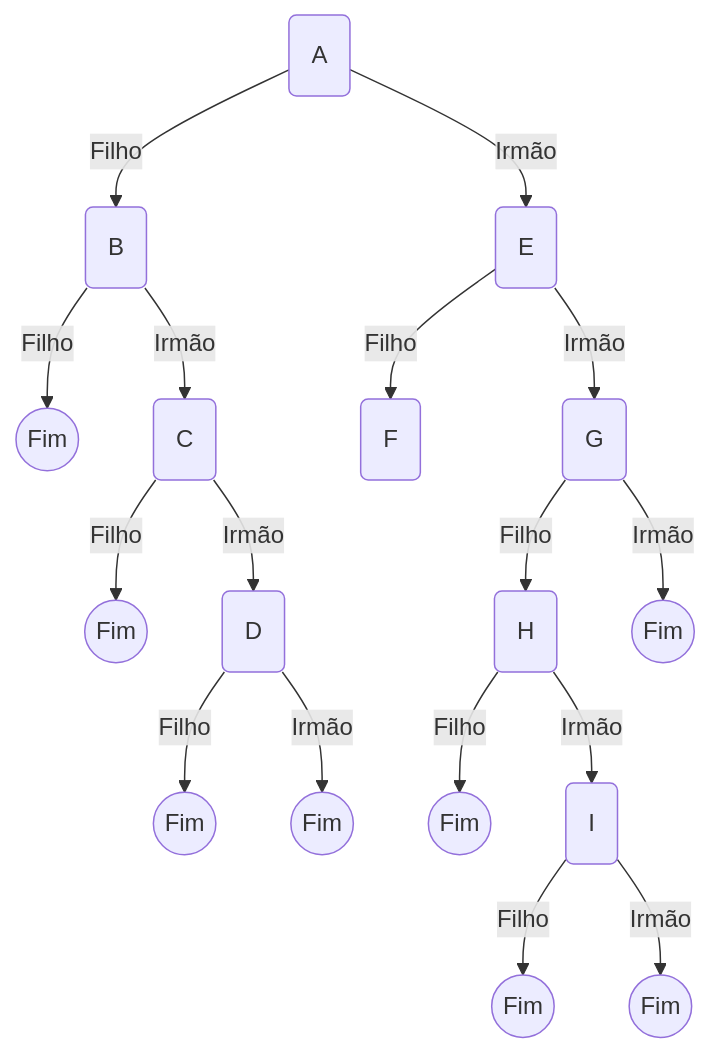
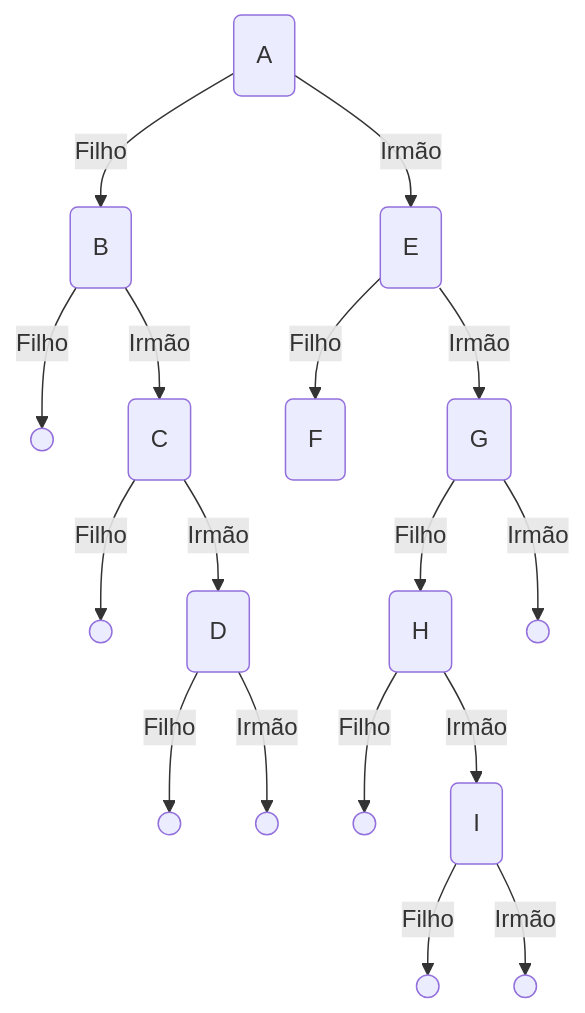
Before and after one commit to Assaoka/UNIFESP--Algoritmos_e_Estruturas_de_Dados_I: the fifth of 6 diagrams in Aulas/[ 15 ] Árvores Genéricas/README.md, drawn with Mermaid. The commit also changed other lines of this file, not shown here.

```diff
--- a/Aulas/[ 15 ] Árvores Genéricas/README.md
+++ b/Aulas/[ 15 ] Árvores Genéricas/README.md
@@ -109,19 +109,19 @@
 ~~~mermaid
 graph TD;
     A(A) -- Filho --> B(B);
-        B -- Filho --> i2((Fim));
+        B -- Filho --> i2(( ));
         B -- Irmão --> C(C);
-            C -- Filho --> i3((Fim));
+            C -- Filho --> i3(( ));
             C -- Irmão --> D(D);
-                D -- Filho --> i4((Fim));
-                D -- Irmão --> i5((Fim));
+                D -- Filho --> i4(( ));
+                D -- Irmão --> i5(( ));
     A -- Irmão --> E(E);
         E -- Filho --> F(F);
         E -- Irmão --> G(G);
             G -- Filho --> H(H);
-                H -- Filho --> i8((Fim));
+                H -- Filho --> i8(( ));
                 H -- Irmão --> I(I);
-                    I -- Filho --> i9((Fim));
-                    I -- Irmão --> i10((Fim));
-            G -- Irmão --> i7((Fim));
+                    I -- Filho --> i9(( ));
+                    I -- Irmão --> i10(( ));
+            G -- Irmão --> i7(( ));
 ~~~
```
